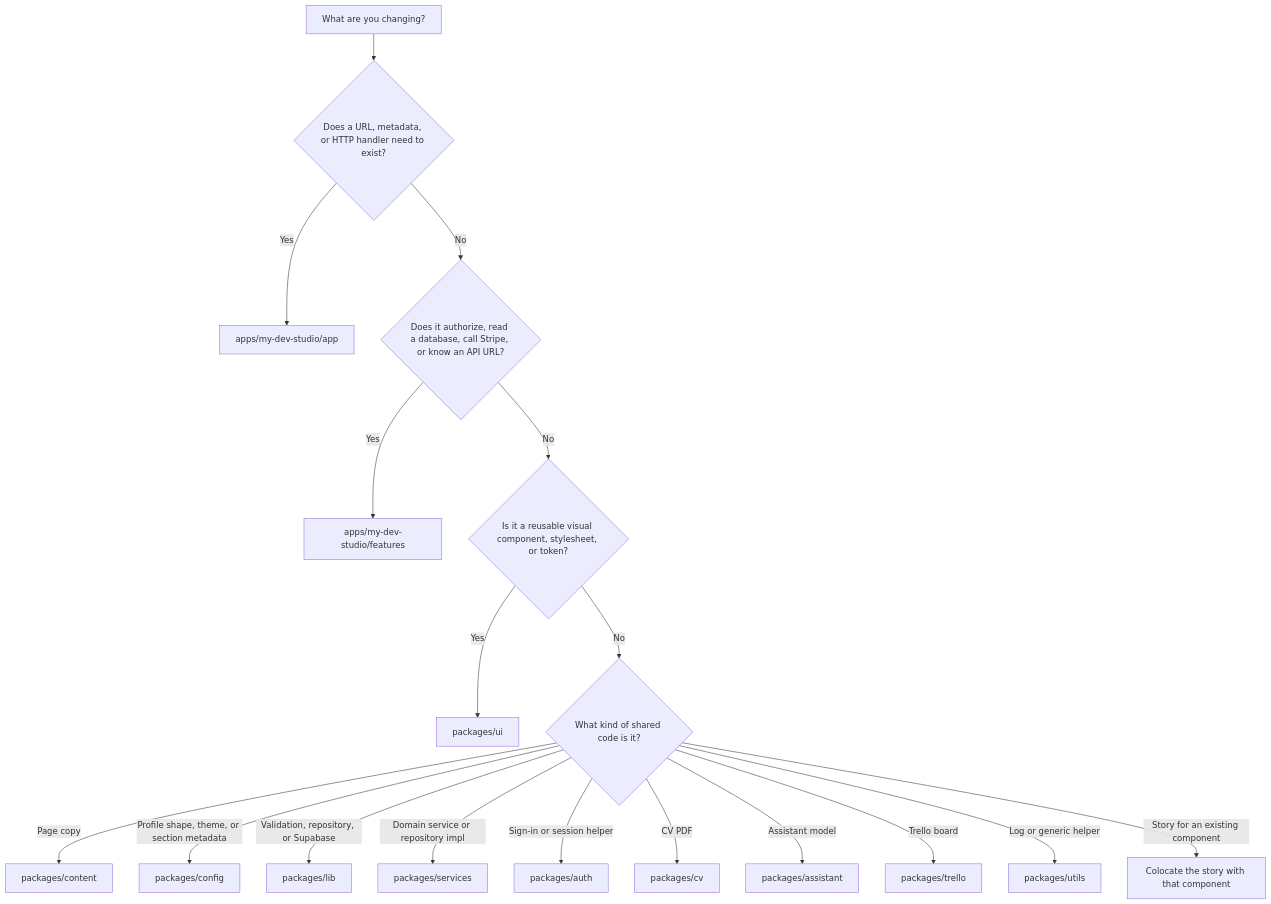
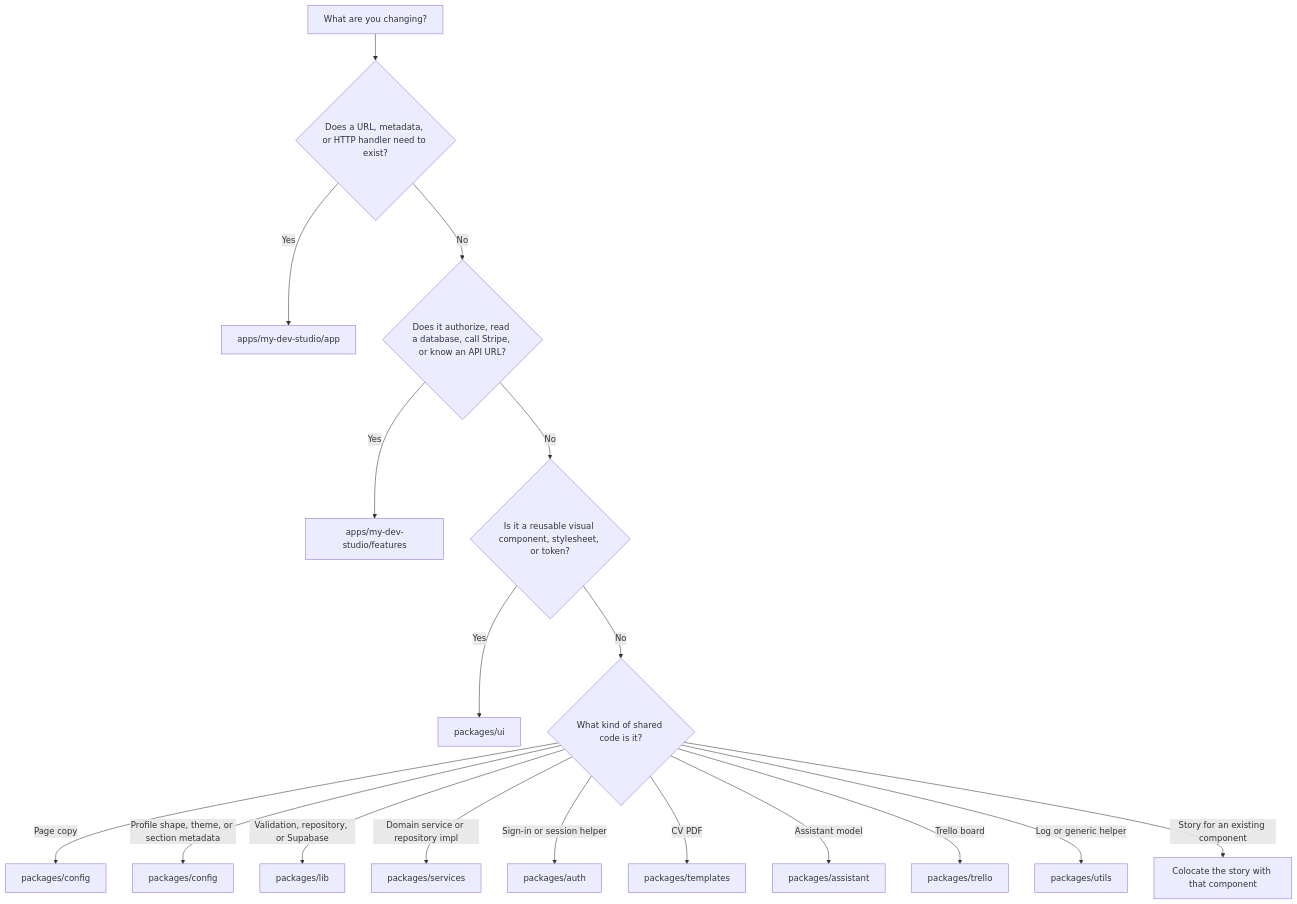
Before and after one commit to yusufyilmz/devhub-showcase: the first of 2 diagrams in AGENTS.md, drawn with Mermaid. The commit also changed other lines of this file and 70 other files, not shown here.

````diff
--- a/AGENTS.md
+++ b/AGENTS.md
@@ -69,21 +76,21 @@
 ```mermaid
 flowchart TD
   start[What are you changing?]
   start --> route{Does a URL, metadata, or HTTP handler need to exist?}
   route -->|Yes| app["apps/my-dev-studio/app"]
   route -->|No| access{Does it authorize, read a database, call Stripe, or know an API URL?}
   access -->|Yes| feature["apps/my-dev-studio/features"]
   access -->|No| visual{Is it a reusable visual component, stylesheet, or token?}
   visual -->|Yes| ui["packages/ui"]
   visual -->|No| kind{What kind of shared code is it?}
-  kind -->|Page copy| contentPkg["packages/content"]
+  kind -->|Page copy| contentPkg["packages/config"]
   kind -->|Profile shape, theme, or section metadata| config["packages/config"]
   kind -->|Validation, repository, or Supabase| lib["packages/lib"]
   kind -->|Domain service or repository impl| servicesPkg["packages/services"]
   kind -->|Sign-in or session helper| auth["packages/auth"]
-  kind -->|CV PDF| cv["packages/cv"]
+  kind -->|CV PDF| cv["packages/templates"]
   kind -->|Assistant model| assistant["packages/assistant"]
   kind -->|Trello board| trello["packages/trello"]
   kind -->|Log or generic helper| utils["packages/utils"]
   kind -->|Story for an existing component| story["Colocate the story with that component"]
 ```
````
